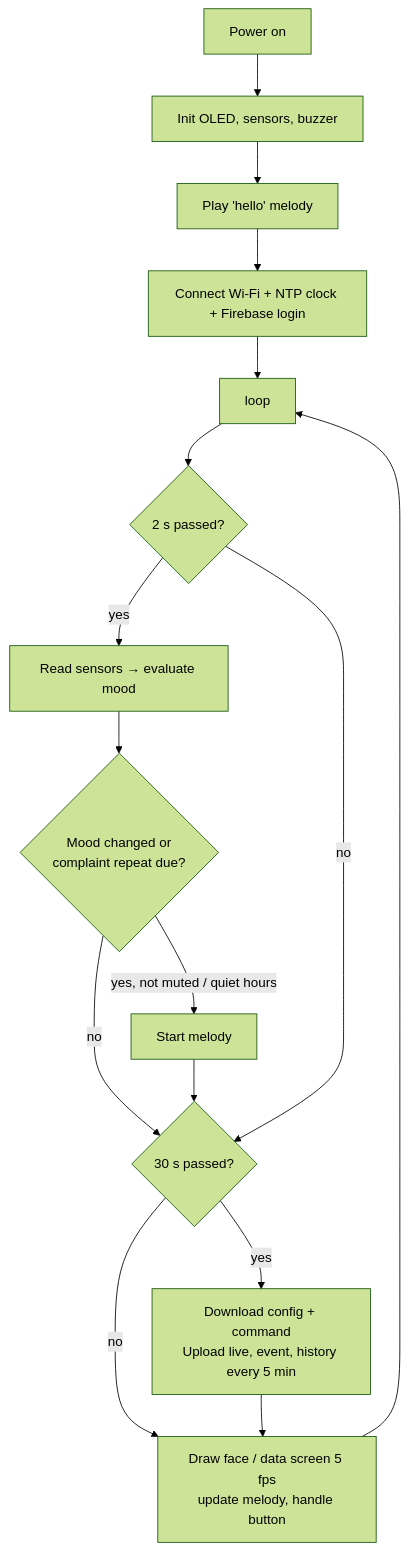
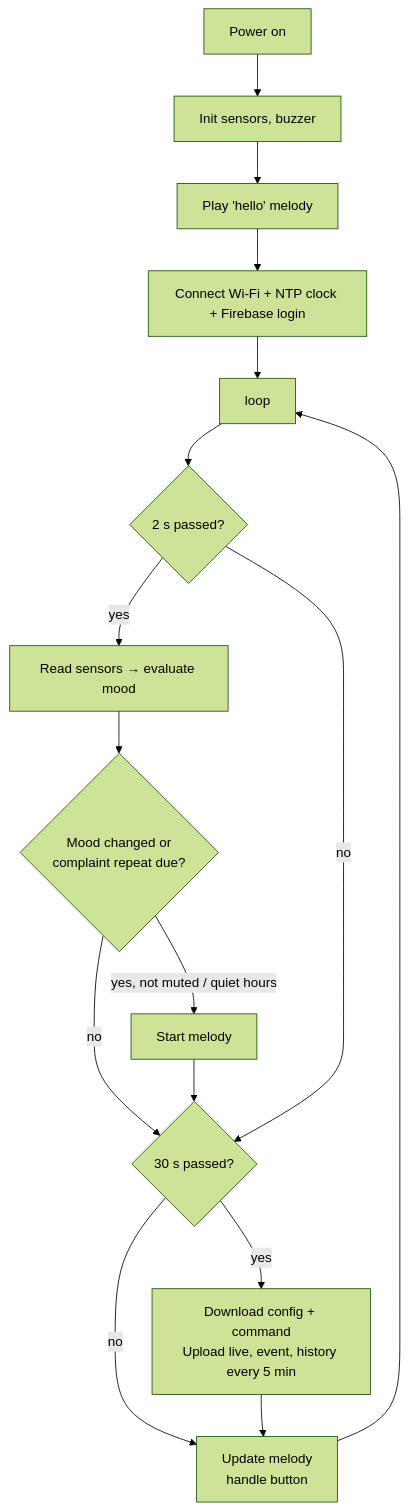
The diagram in rayy/docs/05-firmware.md (HassanDiab95/CLAUDE), drawn with Mermaid (forest theme) before and after one commit. The commit also changed other lines of this file and 34 other files, not shown here.

````diff
--- a/rayy/docs/05-firmware.md
+++ b/rayy/docs/05-firmware.md
@@ -63,18 +62,18 @@
 ```mermaid
 flowchart TD
-  A[Power on] --> B[Init OLED, sensors, buzzer]
+  A[Power on] --> B[Init sensors, buzzer]
   B --> C[Play 'hello' melody]
   C --> D[Connect Wi-Fi + NTP clock + Firebase login]
   D --> L[loop]
   L --> S{2 s passed?}
   S -- yes --> R[Read sensors → evaluate mood]
   R --> V{Mood changed or<br/>complaint repeat due?}
   V -- yes, not muted / quiet hours --> P[Start melody]
   V -- no --> U
   P --> U{30 s passed?}
   S -- no --> U
   U -- yes --> F[Download config + command<br/>Upload live, event, history every 5 min]
   U -- no --> O
-  F --> O[Draw face / data screen 5 fps<br/>update melody, handle button]
+  F --> O[Update melody<br/>handle button]
   O --> L
 ```
````
